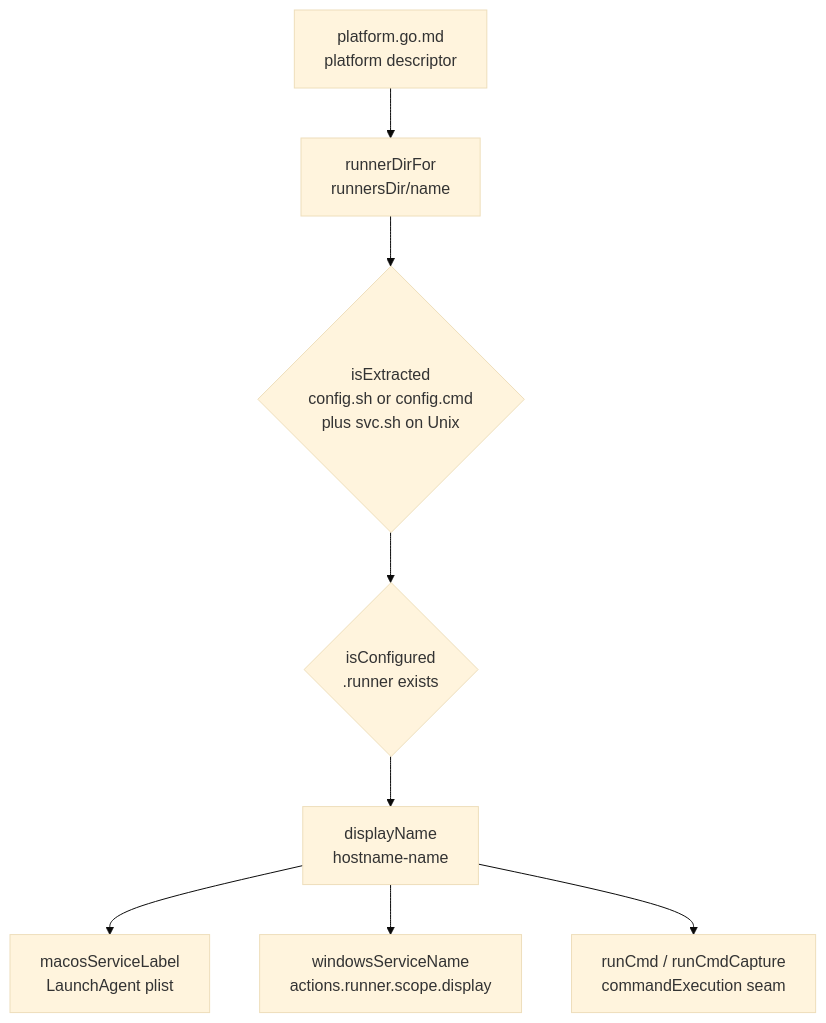
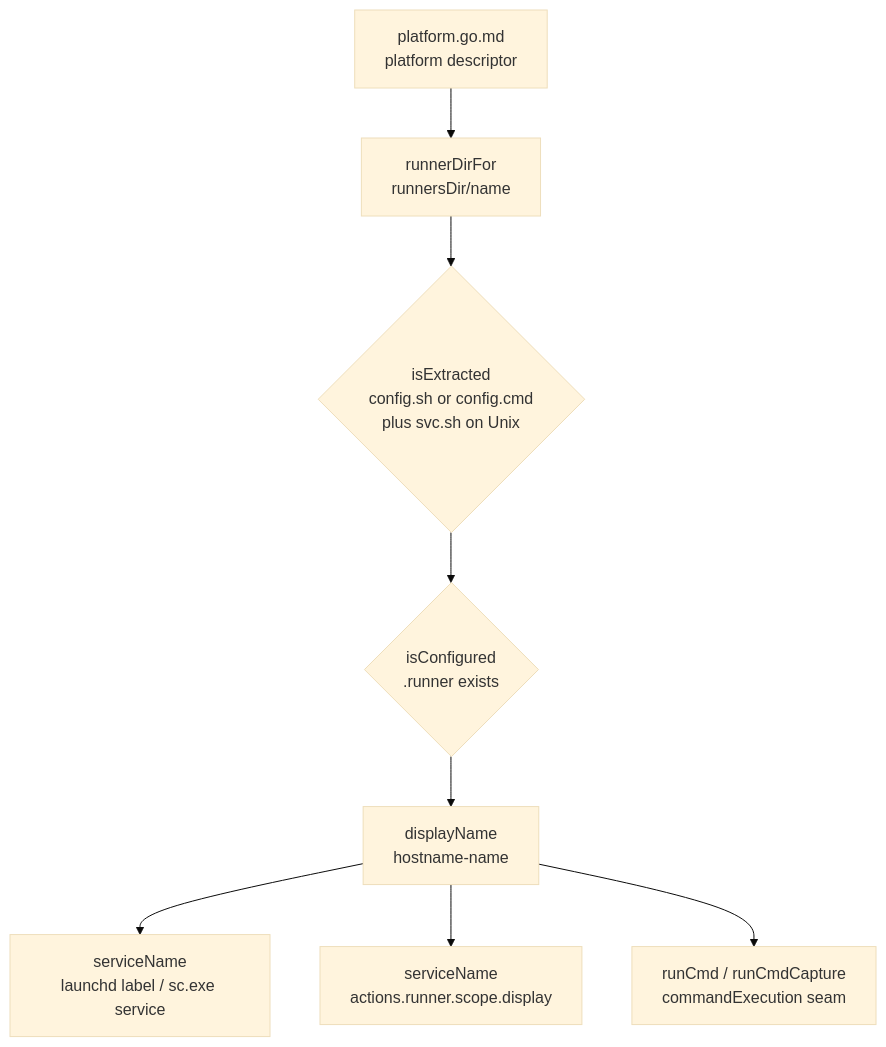
Before and after one commit to fordaj/runner-spawner: the diagram in runner.go.md, drawn with Mermaid (base theme). The commit also changed other lines of this file and 31 other files, not shown here.

````diff
--- a/runner.go.md
+++ b/runner.go.md
@@ -3,12 +3,12 @@
 ```mermaid
 flowchart TD
     Platform[platform.go.md<br/>platform descriptor] --> Dir[runnerDirFor<br/>runnersDir/name]
     Dir --> Extracted{isExtracted<br/>config.sh or config.cmd<br/>plus svc.sh on Unix}
     Extracted --> Configured{isConfigured<br/>.runner exists}
     Configured --> Display[displayName<br/>hostname-name]
-    Display --> SvcUnix[macosServiceLabel<br/>LaunchAgent plist]
-    Display --> SvcWin[windowsServiceName<br/>actions.runner.scope.display]
+    Display --> SvcUnix[serviceName<br/>launchd label / sc.exe service]
+    Display --> SvcWin[serviceName<br/>actions.runner.scope.display]
     Display --> Cmd[runCmd / runCmdCapture<br/>commandExecution seam]
     click Platform href "platform.go.md"
     click Cmd href "script.go.md"
 ```
````
